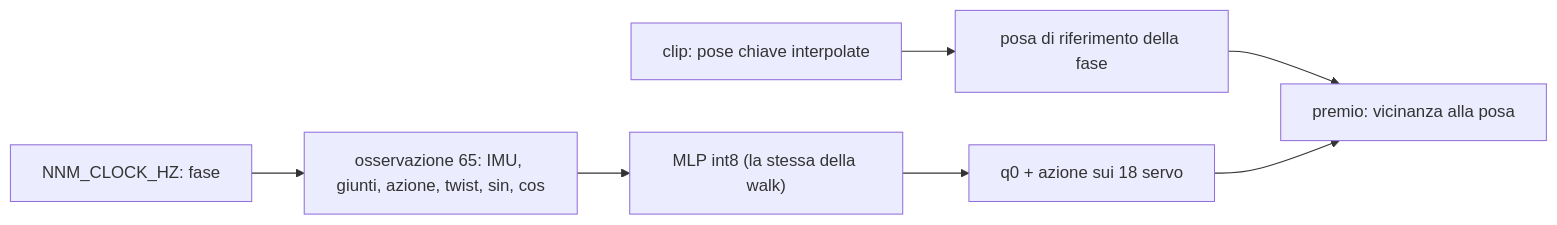
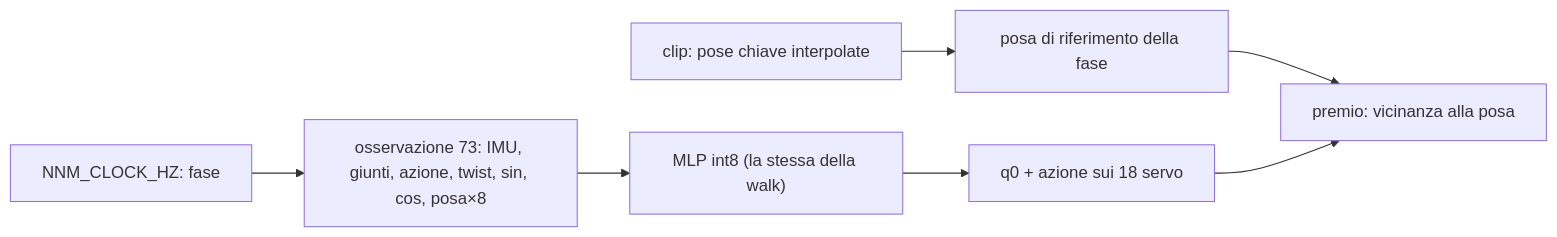
The first of 2 diagrams in docs/robots/gesture_imitation.md (virtualrobotix/Ardupilot-Neural-Mixer), drawn with Mermaid before and after one commit. The commit also changed other lines of this file and 72 other files, not shown here.

````diff
--- a/docs/robots/gesture_imitation.md
+++ b/docs/robots/gesture_imitation.md
@@ -34,9 +34,9 @@
 ```mermaid
 flowchart LR
-  clock["NNM_CLOCK_HZ: fase"] --> obs["osservazione 65: IMU, giunti, azione, twist, sin, cos"]
+  clock["NNM_CLOCK_HZ: fase"] --> obs["osservazione 73: IMU, giunti, azione, twist, sin, cos, posa×8"]
   obs --> mlp["MLP int8 (la stessa della walk)"]
   mlp --> servo["q0 + azione sui 18 servo"]
   clip["clip: pose chiave interpolate"] --> ref["posa di riferimento della fase"]
   ref --> reward["premio: vicinanza alla posa"]
   servo --> reward
 ```
````
